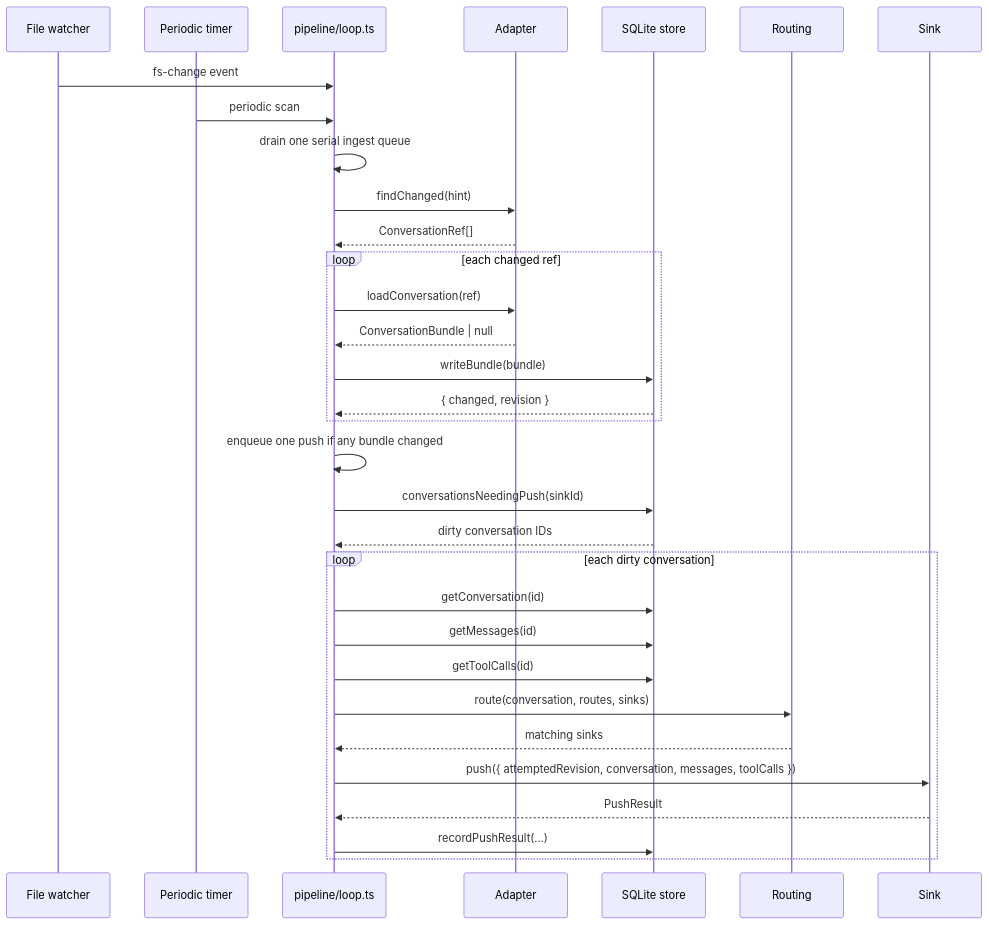
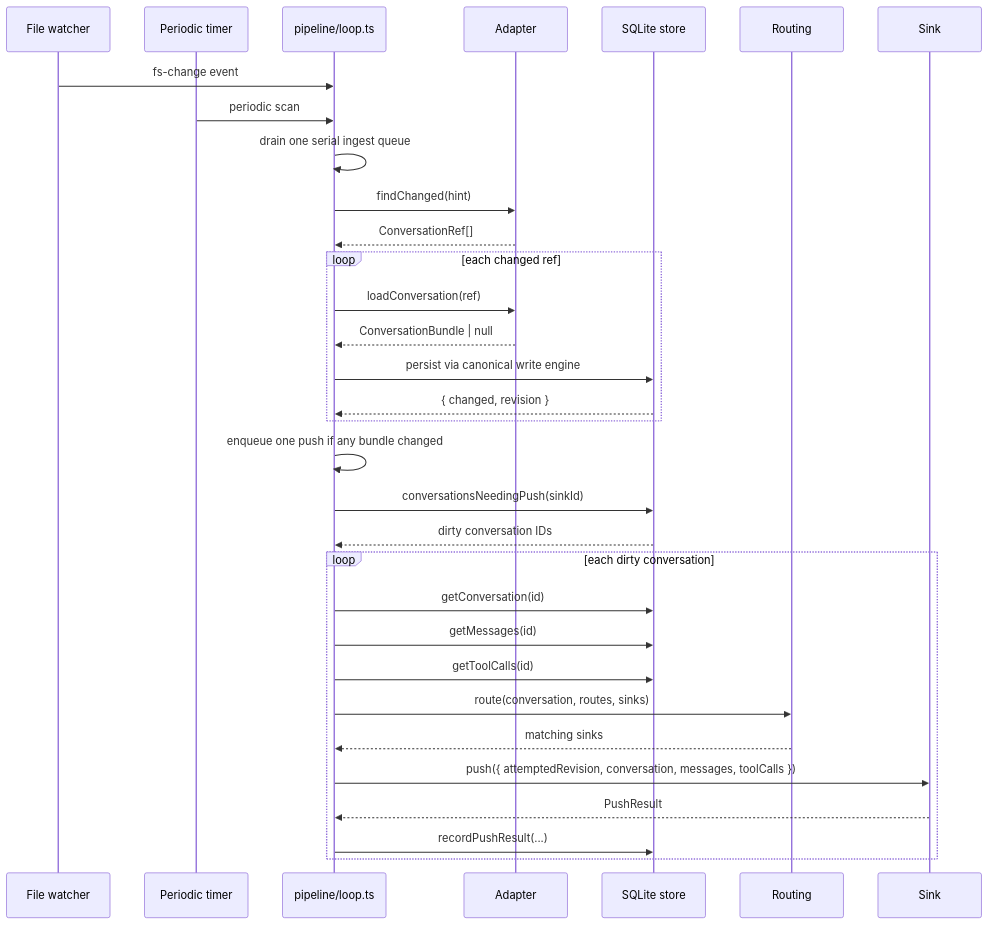
The diagram in docs/blueprint/mermaid/bp-02-pipeline-loop.mmd (mendeleden/jin), drawn with Mermaid before and after one commit. The commit also changed 32 other files, not shown here.

```diff
--- a/docs/blueprint/mermaid/bp-02-pipeline-loop.mmd
+++ b/docs/blueprint/mermaid/bp-02-pipeline-loop.mmd
@@ -1,39 +1,39 @@
 %% Source: docs/blueprint/BP-02-data-flow.md
 %% Diagram: Pipeline Loop
 
 sequenceDiagram
     participant Watcher as File watcher
     participant Timer as Periodic timer
     participant Coordinator as pipeline/loop.ts
     participant Adapter
     participant Store as SQLite store
     participant Routing
     participant Sink
 
     Watcher->>Coordinator: fs-change event
     Timer->>Coordinator: periodic scan
     Coordinator->>Coordinator: drain one serial ingest queue
     Coordinator->>Adapter: findChanged(hint)
     Adapter-->>Coordinator: ConversationRef[]
 
     loop each changed ref
         Coordinator->>Adapter: loadConversation(ref)
         Adapter-->>Coordinator: ConversationBundle | null
-        Coordinator->>Store: writeBundle(bundle)
+        Coordinator->>Store: persist via canonical write engine
         Store-->>Coordinator: { changed, revision }
     end
 
     Coordinator->>Coordinator: enqueue one push if any bundle changed
     Coordinator->>Store: conversationsNeedingPush(sinkId)
     Store-->>Coordinator: dirty conversation IDs
 
     loop each dirty conversation
         Coordinator->>Store: getConversation(id)
         Coordinator->>Store: getMessages(id)
         Coordinator->>Store: getToolCalls(id)
         Coordinator->>Routing: route(conversation, routes, sinks)
         Routing-->>Coordinator: matching sinks
         Coordinator->>Sink: push({ attemptedRevision, conversation, messages, toolCalls })
         Sink-->>Coordinator: PushResult
         Coordinator->>Store: recordPushResult(...)
     end
```
